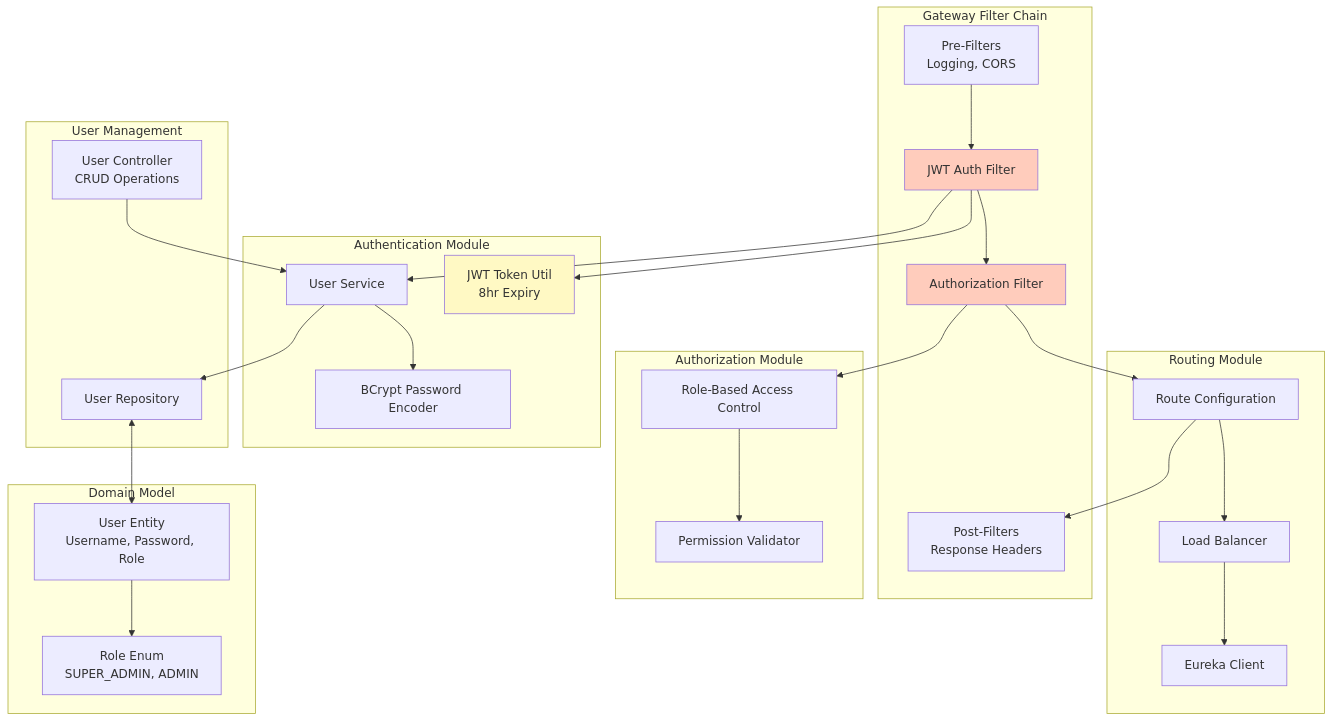
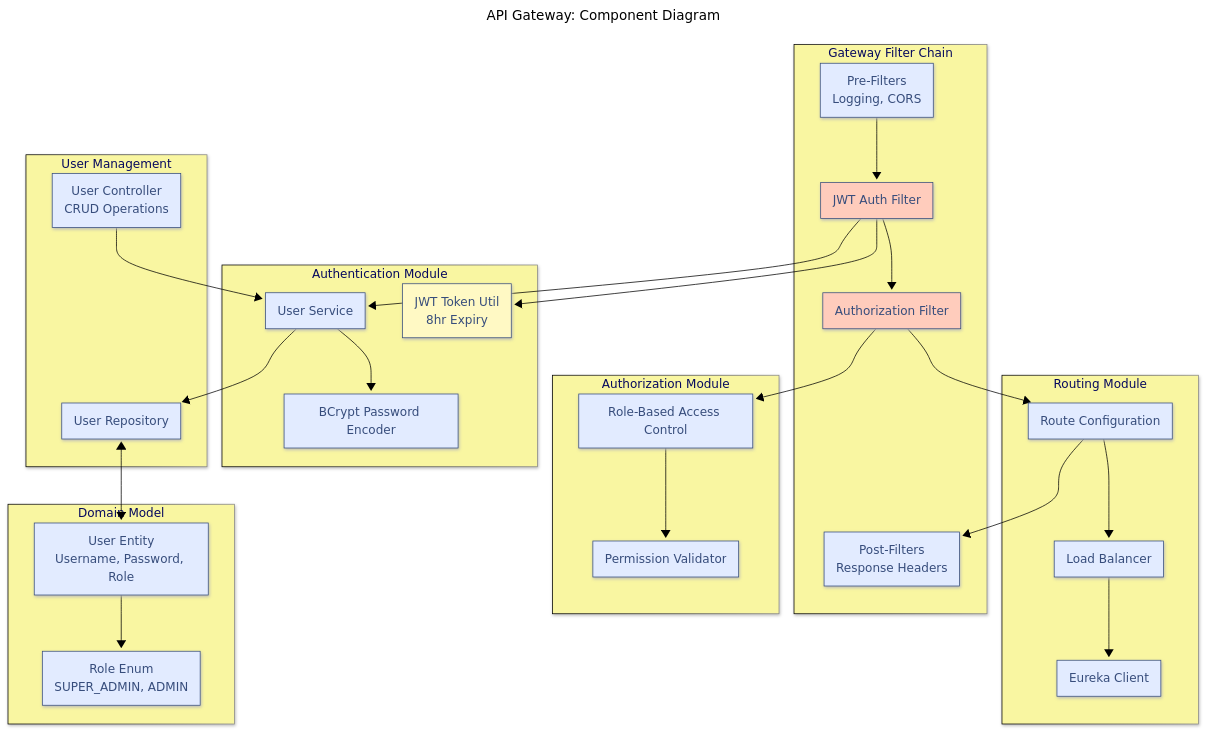
One commit to BrunoGil-AS/Vending-Machine-Microservices changed the second of 7 diagrams in Documentation/diagrams/api-gateway.md. Above: the diagram before and after it, drawn with Mermaid. The commit also changed other lines of this file and 1 other file, not shown here.

Commit message:
styled diagrams

````diff
--- a/Documentation/diagrams/api-gateway.md
+++ b/Documentation/diagrams/api-gateway.md
@@ -70,61 +92,77 @@
 ```mermaid
-graph TB
-    subgraph "Gateway Filter Chain"
-        PRE_FILTER[Pre-Filters<br/>Logging, CORS]
-        AUTH_FILTER[JWT Auth Filter]
-        AUTHZ_FILTER[Authorization Filter]
-        POST_FILTER[Post-Filters<br/>Response Headers]
-    end
-
-    subgraph "Authentication Module"
-        USER_SERVICE[User Service]
-        JWT_UTIL[JWT Token Util<br/>8hr Expiry]
-        PASSWORD_ENCODER[BCrypt Password Encoder]
-    end
-
-    subgraph "Authorization Module"
-        ROLE_CHECKER[Role-Based Access Control]
-        PERMISSION_VALIDATOR[Permission Validator]
-    end
-
-    subgraph "Routing Module"
-        ROUTE_CONFIG[Route Configuration]
-        LOAD_BALANCER[Load Balancer]
-        EUREKA_CLIENT[Eureka Client]
-    end
-
-    subgraph "User Management"
-        USER_CONTROLLER[User Controller<br/>CRUD Operations]
-        USER_REPO[User Repository]
-    end
-
-    subgraph "Domain Model"
-        USER[User Entity<br/>Username, Password, Role]
-        ROLE[Role Enum<br/>SUPER_ADMIN, ADMIN]
-    end
-
+---
+config:
+  theme: base
+  themeVariables:
+    primaryColor: '#a39cd1ff'
+    primaryTextColor: '#000000'
+    secondaryTextColor: '#ffffffff'
+    primaryBorderColor: '#000000'
+    lineColor: '#000000ff'
+    secondaryColor: '#90b590ff'
+    tertiaryColor: '#f9f6a1ff'
+  layout: dagre
+  look: neo
+title: 'API Gateway: Component Diagram'
+---
+flowchart TB
+ subgraph subGraph0["Gateway Filter Chain"]
+        PRE_FILTER["Pre-Filters<br>Logging, CORS"]
+        AUTH_FILTER["JWT Auth Filter"]
+        AUTHZ_FILTER["Authorization Filter"]
+        POST_FILTER["Post-Filters<br>Response Headers"]
+  end
+ subgraph subGraph1["Authentication Module"]
+        USER_SERVICE["User Service"]
+        JWT_UTIL["JWT Token Util<br>8hr Expiry"]
+        PASSWORD_ENCODER["BCrypt Password Encoder"]
+  end
+ subgraph subGraph2["Authorization Module"]
+        ROLE_CHECKER["Role-Based Access Control"]
+        PERMISSION_VALIDATOR["Permission Validator"]
+  end
+ subgraph subGraph3["Routing Module"]
+        ROUTE_CONFIG["Route Configuration"]
+        LOAD_BALANCER["Load Balancer"]
+        EUREKA_CLIENT["Eureka Client"]
+  end
+ subgraph subGraph4["User Management"]
+        USER_CONTROLLER["User Controller<br>CRUD Operations"]
+        USER_REPO["User Repository"]
+  end
+ subgraph subGraph5["Domain Model"]
+        USER["User Entity<br>Username, Password, Role"]
+        ROLE["Role Enum<br>SUPER_ADMIN, ADMIN"]
+  end
     PRE_FILTER --> AUTH_FILTER
-    AUTH_FILTER --> USER_SERVICE
-    AUTH_FILTER --> JWT_UTIL
-
-    USER_SERVICE --> PASSWORD_ENCODER
-    USER_SERVICE --> USER_REPO
-
-    AUTH_FILTER --> AUTHZ_FILTER
-    AUTHZ_FILTER --> ROLE_CHECKER
+    AUTH_FILTER --> USER_SERVICE & JWT_UTIL & AUTHZ_FILTER
+    USER_SERVICE --> PASSWORD_ENCODER & USER_REPO
+    AUTHZ_FILTER --> ROLE_CHECKER & ROUTE_CONFIG
     ROLE_CHECKER --> PERMISSION_VALIDATOR
-
-    AUTHZ_FILTER --> ROUTE_CONFIG
-    ROUTE_CONFIG --> LOAD_BALANCER
+    ROUTE_CONFIG --> LOAD_BALANCER & POST_FILTER
     LOAD_BALANCER --> EUREKA_CLIENT
-
-    ROUTE_CONFIG --> POST_FILTER
-
     USER_CONTROLLER --> USER_SERVICE
     USER_REPO <--> USER
     USER --> ROLE
-
+     PRE_FILTER:::Sky
+     AUTH_FILTER:::Sky
+     AUTHZ_FILTER:::Sky
+     POST_FILTER:::Sky
+     USER_SERVICE:::Sky
+     JWT_UTIL:::Sky
+     PASSWORD_ENCODER:::Sky
+     ROLE_CHECKER:::Sky
+     PERMISSION_VALIDATOR:::Sky
+     ROUTE_CONFIG:::Sky
+     LOAD_BALANCER:::Sky
+     EUREKA_CLIENT:::Sky
+     USER_CONTROLLER:::Sky
+     USER_REPO:::Sky
+     USER:::Sky
+     ROLE:::Sky
+    classDef Sky stroke-width:1px, stroke-dasharray:none, stroke:#374D7C, fill:#E2EBFF, color:#374D7C
     style AUTH_FILTER fill:#ffccbc
     style AUTHZ_FILTER fill:#ffccbc
     style JWT_UTIL fill:#fff9c4
+
 ```
````
